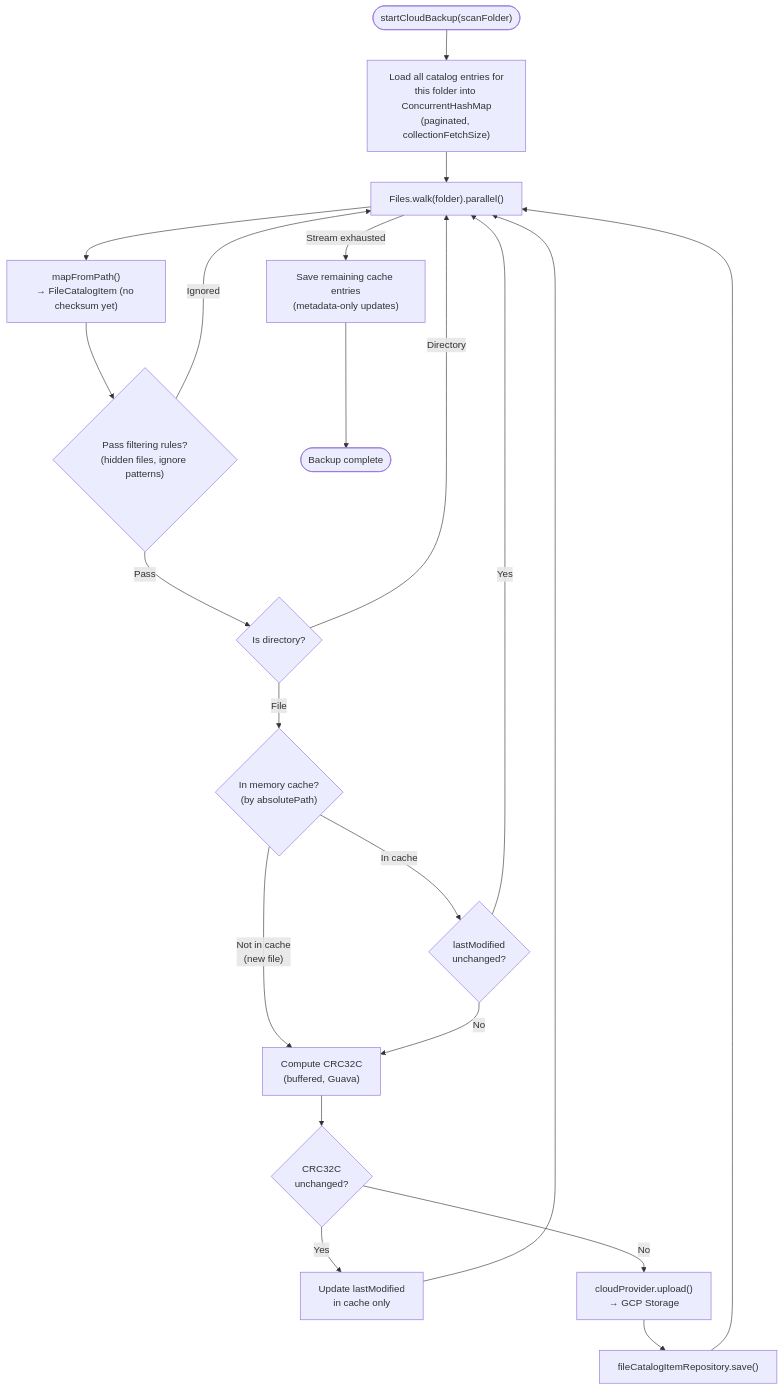
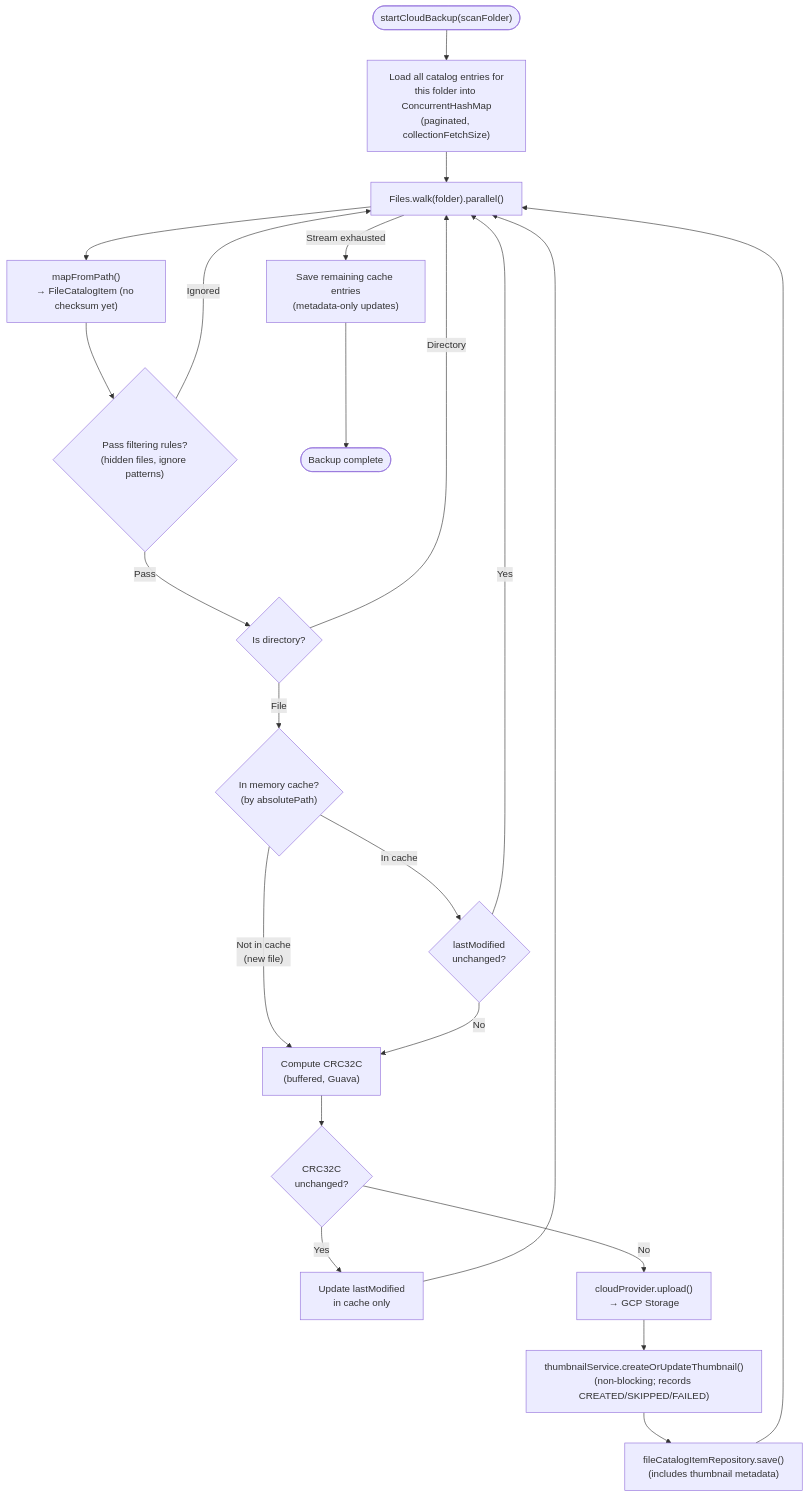
One commit to ringuerel/cloud-archiver changed the second of 6 diagrams in docs/sync-workflow.md. Above: the diagram before and after it, drawn with Mermaid. The commit also changed other lines of this file and 32 other files, not shown here.

````diff
--- a/docs/sync-workflow.md
+++ b/docs/sync-workflow.md
@@ -43,39 +45,41 @@
 ```mermaid
 flowchart TD
     START(["startCloudBackup(scanFolder)"])
     CACHE["Load all catalog entries for\nthis folder into ConcurrentHashMap\n(paginated, collectionFetchSize)"]
     WALK["Files.walk(folder).parallel()"]
     MAP["mapFromPath()\n→ FileCatalogItem (no checksum yet)"]
     FILTER_RULES{"Pass filtering rules?\n(hidden files, ignore patterns)"}
     FILTER_DIR{"Is directory?"}
     CACHE_LOOKUP{"In memory cache?\n(by absolutePath)"}
     SAME_MTIME{"lastModified\nunchanged?"}
     CALC_CRC["Compute CRC32C\n(buffered, Guava)"]
     SAME_CRC{"CRC32C\nunchanged?"}
     UPDATE_MTIME["Update lastModified\nin cache only"]
     UPLOAD["cloudProvider.upload()\n→ GCP Storage"]
-    SAVE_CATALOG["fileCatalogItemRepository.save()"]
+    THUMBNAIL["thumbnailService.createOrUpdateThumbnail()\n(non-blocking; records CREATED/SKIPPED/FAILED)"]
+    SAVE_CATALOG["fileCatalogItemRepository.save()\n(includes thumbnail metadata)"]
     SAVE_REMAINING["Save remaining cache entries\n(metadata-only updates)"]
     END(["Backup complete"])
 
     START --> CACHE
     CACHE --> WALK
     WALK --> MAP
     MAP --> FILTER_RULES
     FILTER_RULES -- Ignored --> WALK
     FILTER_RULES -- Pass --> FILTER_DIR
     FILTER_DIR -- Directory --> WALK
     FILTER_DIR -- File --> CACHE_LOOKUP
     CACHE_LOOKUP -- Not in cache\n(new file) --> CALC_CRC
     CACHE_LOOKUP -- In cache --> SAME_MTIME
     SAME_MTIME -- Yes --> WALK
     SAME_MTIME -- No --> CALC_CRC
     CALC_CRC --> SAME_CRC
     SAME_CRC -- Yes --> UPDATE_MTIME
     UPDATE_MTIME --> WALK
     SAME_CRC -- No --> UPLOAD
-    UPLOAD --> SAVE_CATALOG
+    UPLOAD --> THUMBNAIL
+    THUMBNAIL --> SAVE_CATALOG
     SAVE_CATALOG --> WALK
     WALK -- Stream exhausted --> SAVE_REMAINING
     SAVE_REMAINING --> END
 ```
````
